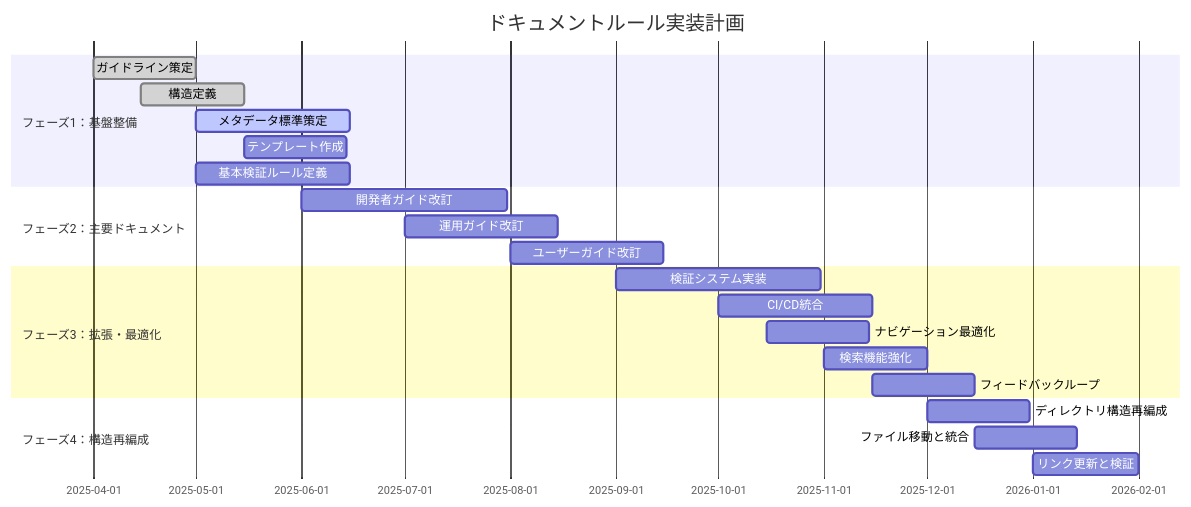
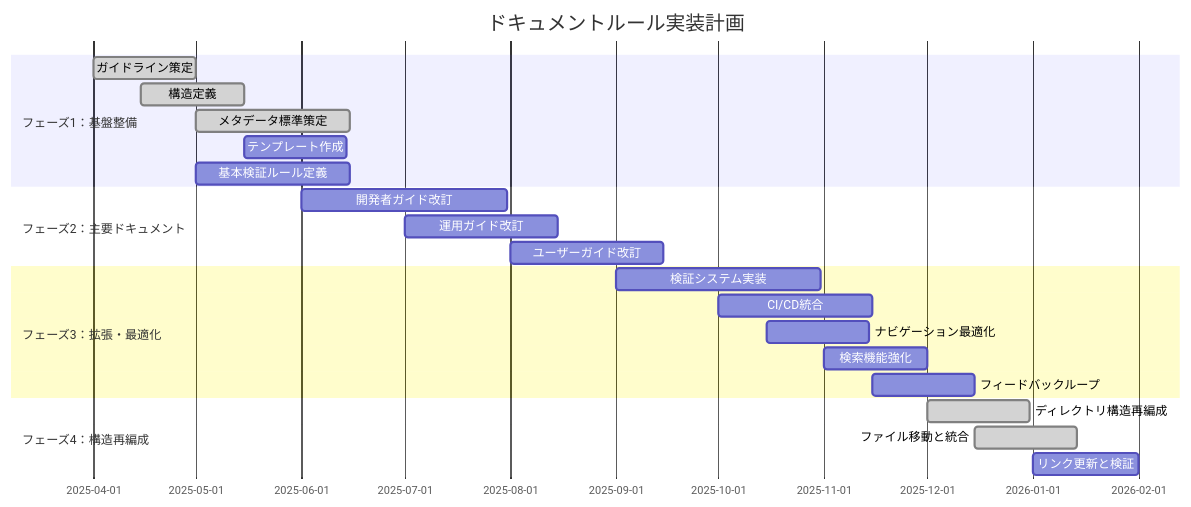
One commit to ToyB0x/git-resume changed the second of 2 diagrams in docs/PROGRESS.md. Above: the diagram before and after it, drawn with Mermaid. The commit also changed other lines of this file and 2 other files, not shown here.

````diff
--- a/docs/PROGRESS.md
+++ b/docs/PROGRESS.md
@@ -27,25 +27,25 @@
 ```mermaid
 gantt
     title ドキュメントルール実装計画
     dateFormat  YYYY-MM-DD
     section フェーズ1：基盤整備
     ガイドライン策定      :done, g1, 2025-04-01, 30d
     構造定義              :done, g2, 2025-04-15, 30d
-    メタデータ標準策定    :active, g3, 2025-05-01, 45d
+    メタデータ標準策定    :done, g3, 2025-05-01, 45d
     テンプレート作成      :g4, 2025-05-15, 30d
     基本検証ルール定義    :g5, 2025-05-01, 45d
     section フェーズ2：主要ドキュメント
     開発者ガイド改訂      :g6, 2025-06-01, 60d
     運用ガイド改訂        :g7, 2025-07-01, 45d
     ユーザーガイド改訂    :g8, 2025-08-01, 45d
     section フェーズ3：拡張・最適化
     検証システム実装      :g9, 2025-09-01, 60d
     CI/CD統合             :g10, 2025-10-01, 45d
     ナビゲーション最適化  :g11, 2025-10-15, 30d
     検索機能強化          :g12, 2025-11-01, 30d
     フィードバックループ  :g13, 2025-11-15, 30d
     section フェーズ4：構造再編成
-    ディレクトリ構造再編成 :g14, 2025-12-01, 30d
-    ファイル移動と統合     :g15, 2025-12-15, 30d
+    ディレクトリ構造再編成 :done, g14, 2025-12-01, 30d
+    ファイル移動と統合     :done, g15, 2025-12-15, 30d
     リンク更新と検証       :g16, 2026-01-01, 31d
 ```
````
